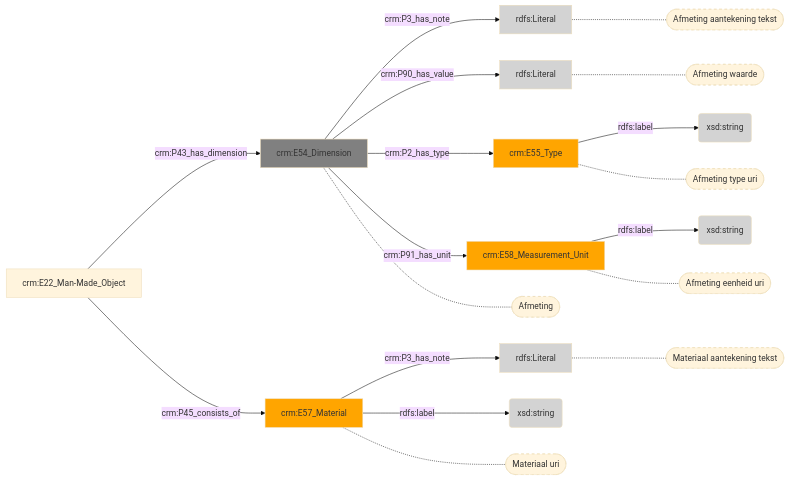
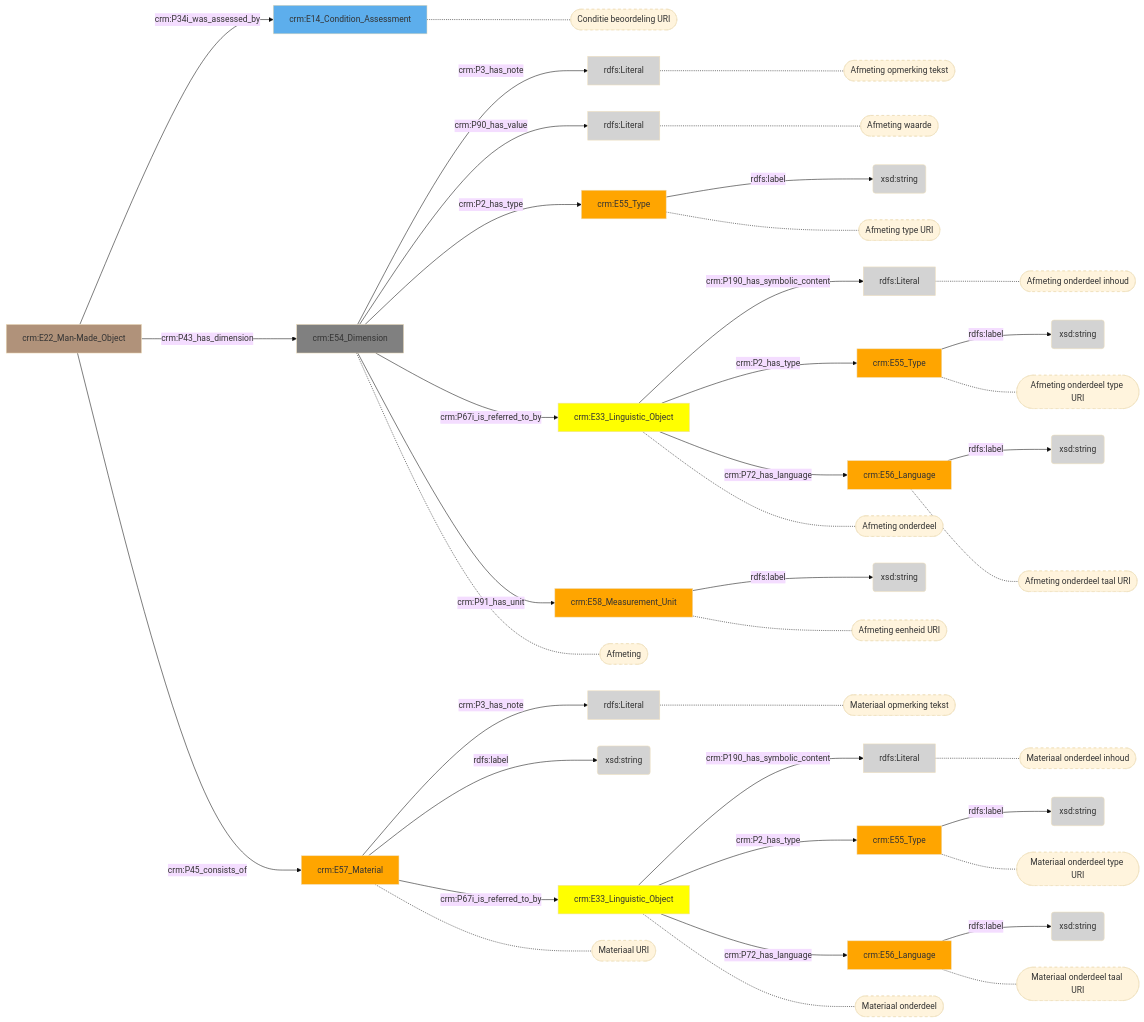
The diagram in docs/content/modellen/MuseologicalItem/FysiekeKenmerken.md (digipolisantwerpdocumentation/antwerp-cultureel-erfgoed), drawn with Mermaid (base theme) before and after one commit. The commit also changed 29 other files, not shown here.

````diff
--- a/docs/content/modellen/MuseologicalItem/FysiekeKenmerken.md
+++ b/docs/content/modellen/MuseologicalItem/FysiekeKenmerken.md
@@ -1,37 +1,82 @@
 ```mermaid
 graph LR
 59747a84-eda1-11ed-9232-00163e71351b["crm:E54_Dimension"]-->|"crm:P3_has_note"|5974879a-eda1-11ed-9232-00163e71351b(rdfs:Literal)
 59747a84-eda1-11ed-9232-00163e71351b["crm:E54_Dimension"]-->|"crm:P90_has_value"|59748326-eda1-11ed-9232-00163e71351b(rdfs:Literal)
 59747fc0-eda1-11ed-9232-00163e71351b["crm:E55_Type"]-->|"rdfs:label"|597484a2-eda1-11ed-9232-00163e71351b(xsd:string)
 59748196-eda1-11ed-9232-00163e71351b["crm:E58_Measurement_Unit"]-->|"rdfs:label"|5974861e-eda1-11ed-9232-00163e71351b(xsd:string)
 7e1bc518-eda1-11ed-a1e6-00163e71351b["crm:E57_Material"]-->|"crm:P3_has_note"|7e1bcbf8-eda1-11ed-a1e6-00163e71351b(rdfs:Literal)
 7e1bc518-eda1-11ed-a1e6-00163e71351b["crm:E57_Material"]-->|"rdfs:label"|7e1bce5a-eda1-11ed-a1e6-00163e71351b(xsd:string)
+8f134cd4-588a-11ee-974d-00163e71351b["crm:E33_Linguistic_Object"]-->|"crm:P190_has_symbolic_content"|8f1352b0-588a-11ee-974d-00163e71351b(rdfs:Literal)
+8f135080-588a-11ee-974d-00163e71351b["crm:E55_Type"]-->|"rdfs:label"|8f135486-588a-11ee-974d-00163e71351b(xsd:string)
+8f1351b6-588a-11ee-974d-00163e71351b["crm:E56_Language"]-->|"rdfs:label"|8f135396-588a-11ee-974d-00163e71351b(xsd:string)
+d898e09e-588a-11ee-a9ac-00163e71351b["crm:E33_Linguistic_Object"]-->|"crm:P190_has_symbolic_content"|d898e698-588a-11ee-a9ac-00163e71351b(rdfs:Literal)
+d898e454-588a-11ee-a9ac-00163e71351b["crm:E55_Type"]-->|"rdfs:label"|d898e86e-588a-11ee-a9ac-00163e71351b(xsd:string)
+d898e59e-588a-11ee-a9ac-00163e71351b["crm:E56_Language"]-->|"rdfs:label"|d898e77e-588a-11ee-a9ac-00163e71351b(xsd:string)
 59747a84-eda1-11ed-9232-00163e71351b["crm:E54_Dimension"]-->|"crm:P2_has_type"|59747fc0-eda1-11ed-9232-00163e71351b["crm:E55_Type"]
+59747a84-eda1-11ed-9232-00163e71351b["crm:E54_Dimension"]-->|"crm:P67i_is_referred_to_by"|d898e09e-588a-11ee-a9ac-00163e71351b["crm:E33_Linguistic_Object"]
 59747a84-eda1-11ed-9232-00163e71351b["crm:E54_Dimension"]-->|"crm:P91_has_unit"|59748196-eda1-11ed-9232-00163e71351b["crm:E58_Measurement_Unit"]
+7e1bc518-eda1-11ed-a1e6-00163e71351b["crm:E57_Material"]-->|"crm:P67i_is_referred_to_by"|8f134cd4-588a-11ee-974d-00163e71351b["crm:E33_Linguistic_Object"]
+8f134cd4-588a-11ee-974d-00163e71351b["crm:E33_Linguistic_Object"]-->|"crm:P2_has_type"|8f135080-588a-11ee-974d-00163e71351b["crm:E55_Type"]
+8f134cd4-588a-11ee-974d-00163e71351b["crm:E33_Linguistic_Object"]-->|"crm:P72_has_language"|8f1351b6-588a-11ee-974d-00163e71351b["crm:E56_Language"]
+d898e09e-588a-11ee-a9ac-00163e71351b["crm:E33_Linguistic_Object"]-->|"crm:P2_has_type"|d898e454-588a-11ee-a9ac-00163e71351b["crm:E55_Type"]
+d898e09e-588a-11ee-a9ac-00163e71351b["crm:E33_Linguistic_Object"]-->|"crm:P72_has_language"|d898e59e-588a-11ee-a9ac-00163e71351b["crm:E56_Language"]
+fa95cea2-dd27-11ed-9655-00163e71351b["crm:E22_Man-Made_Object"]-->|"crm:P34i_was_assessed_by"|52aebf5e-62c5-11ee-974d-00163e71351b["crm:E14_Condition_Assessment"]
 fa95cea2-dd27-11ed-9655-00163e71351b["crm:E22_Man-Made_Object"]-->|"crm:P43_has_dimension"|59747a84-eda1-11ed-9232-00163e71351b["crm:E54_Dimension"]
 fa95cea2-dd27-11ed-9655-00163e71351b["crm:E22_Man-Made_Object"]-->|"crm:P45_consists_of"|7e1bc518-eda1-11ed-a1e6-00163e71351b["crm:E57_Material"]
+59747fc0-eda1-11ed-9232-00163e71351b["crm:E55_Type"]-.-59747fc0-eda1-11ed-9232-00163e71351b_s(["Afmeting type URI"])
+5974879a-eda1-11ed-9232-00163e71351b["rdfs:Literal"]-.-5974879a-eda1-11ed-9232-00163e71351b_s(["Afmeting opmerking tekst"])
+d898e09e-588a-11ee-a9ac-00163e71351b["crm:E33_Linguistic_Object"]-.-d898e09e-588a-11ee-a9ac-00163e71351b_s(["Afmeting onderdeel"])
+59748326-eda1-11ed-9232-00163e71351b["rdfs:Literal"]-.-59748326-eda1-11ed-9232-00163e71351b_s(["Afmeting waarde"])
+59748196-eda1-11ed-9232-00163e71351b["crm:E58_Measurement_Unit"]-.-59748196-eda1-11ed-9232-00163e71351b_s(["Afmeting eenheid URI"])
+7e1bcbf8-eda1-11ed-a1e6-00163e71351b["rdfs:Literal"]-.-7e1bcbf8-eda1-11ed-a1e6-00163e71351b_s(["Materiaal opmerking tekst"])
+8f134cd4-588a-11ee-974d-00163e71351b["crm:E33_Linguistic_Object"]-.-8f134cd4-588a-11ee-974d-00163e71351b_s(["Materiaal onderdeel"])
+8f1352b0-588a-11ee-974d-00163e71351b["rdfs:Literal"]-.-8f1352b0-588a-11ee-974d-00163e71351b_s(["Materiaal onderdeel inhoud"])
+8f135080-588a-11ee-974d-00163e71351b["crm:E55_Type"]-.-8f135080-588a-11ee-974d-00163e71351b_s(["Materiaal onderdeel type URI"])
+8f1351b6-588a-11ee-974d-00163e71351b["crm:E56_Language"]-.-8f1351b6-588a-11ee-974d-00163e71351b_s(["Materiaal onderdeel taal URI"])
+d898e698-588a-11ee-a9ac-00163e71351b["rdfs:Literal"]-.-d898e698-588a-11ee-a9ac-00163e71351b_s(["Afmeting onderdeel inhoud"])
+d898e454-588a-11ee-a9ac-00163e71351b["crm:E55_Type"]-.-d898e454-588a-11ee-a9ac-00163e71351b_s(["Afmeting onderdeel type URI"])
+d898e59e-588a-11ee-a9ac-00163e71351b["crm:E56_Language"]-.-d898e59e-588a-11ee-a9ac-00163e71351b_s(["Afmeting onderdeel taal URI"])
+52aebf5e-62c5-11ee-974d-00163e71351b["crm:E14_Condition_Assessment"]-.-52aebf5e-62c5-11ee-974d-00163e71351b_s(["Conditie beoordeling URI"])
+59747a84-eda1-11ed-9232-00163e71351b["crm:E54_Dimension"]-.-59747a84-eda1-11ed-9232-00163e71351b_s(["Afmeting"])
+7e1bc518-eda1-11ed-a1e6-00163e71351b["crm:E57_Material"]-.-7e1bc518-eda1-11ed-a1e6-00163e71351b_s(["Materiaal URI"])
 style 59747fc0-eda1-11ed-9232-00163e71351b_s stroke-dasharray: 5
 style 5974879a-eda1-11ed-9232-00163e71351b_s stroke-dasharray: 5
+style d898e09e-588a-11ee-a9ac-00163e71351b_s stroke-dasharray: 5
 style 59748326-eda1-11ed-9232-00163e71351b_s stroke-dasharray: 5
 style 59748196-eda1-11ed-9232-00163e71351b_s stroke-dasharray: 5
 style 7e1bcbf8-eda1-11ed-a1e6-00163e71351b_s stroke-dasharray: 5
+style 8f134cd4-588a-11ee-974d-00163e71351b_s stroke-dasharray: 5
+style 8f1352b0-588a-11ee-974d-00163e71351b_s stroke-dasharray: 5
+style 8f135080-588a-11ee-974d-00163e71351b_s stroke-dasharray: 5
+style 8f1351b6-588a-11ee-974d-00163e71351b_s stroke-dasharray: 5
+style d898e698-588a-11ee-a9ac-00163e71351b_s stroke-dasharray: 5
+style d898e454-588a-11ee-a9ac-00163e71351b_s stroke-dasharray: 5
+style d898e59e-588a-11ee-a9ac-00163e71351b_s stroke-dasharray: 5
+style 52aebf5e-62c5-11ee-974d-00163e71351b_s stroke-dasharray: 5
 style 59747a84-eda1-11ed-9232-00163e71351b_s stroke-dasharray: 5
 style 7e1bc518-eda1-11ed-a1e6-00163e71351b_s stroke-dasharray: 5
-59747fc0-eda1-11ed-9232-00163e71351b["crm:E55_Type"]-.-59747fc0-eda1-11ed-9232-00163e71351b_s(["Afmeting type uri"])
-5974879a-eda1-11ed-9232-00163e71351b["rdfs:Literal"]-.-5974879a-eda1-11ed-9232-00163e71351b_s(["Afmeting aantekening tekst"])
-59748326-eda1-11ed-9232-00163e71351b["rdfs:Literal"]-.-59748326-eda1-11ed-9232-00163e71351b_s(["Afmeting waarde"])
-59748196-eda1-11ed-9232-00163e71351b["crm:E58_Measurement_Unit"]-.-59748196-eda1-11ed-9232-00163e71351b_s(["Afmeting eenheid uri"])
-7e1bcbf8-eda1-11ed-a1e6-00163e71351b["rdfs:Literal"]-.-7e1bcbf8-eda1-11ed-a1e6-00163e71351b_s(["Materiaal aantekening tekst"])
-59747a84-eda1-11ed-9232-00163e71351b["crm:E54_Dimension"]-.-59747a84-eda1-11ed-9232-00163e71351b_s(["Afmeting"])
-7e1bc518-eda1-11ed-a1e6-00163e71351b["crm:E57_Material"]-.-7e1bc518-eda1-11ed-a1e6-00163e71351b_s(["Materiaal uri"])
+style d898e59e-588a-11ee-a9ac-00163e71351b fill:#ffa500
+style 5974861e-eda1-11ed-9232-00163e71351b fill:#D3D3D3
+style 8f135080-588a-11ee-974d-00163e71351b fill:#ffa500
+style 8f134cd4-588a-11ee-974d-00163e71351b fill:#ffff00
+style fa95cea2-dd27-11ed-9655-00163e71351b fill:#B0927A
+style 59748326-eda1-11ed-9232-00163e71351b fill:#D3D3D3
+style 8f1351b6-588a-11ee-974d-00163e71351b fill:#ffa500
+style d898e86e-588a-11ee-a9ac-00163e71351b fill:#D3D3D3
+style d898e09e-588a-11ee-a9ac-00163e71351b fill:#ffff00
+style 52aebf5e-62c5-11ee-974d-00163e71351b fill:#5DAEEC
+style d898e454-588a-11ee-a9ac-00163e71351b fill:#ffa500
+style 7e1bce5a-eda1-11ed-a1e6-00163e71351b fill:#D3D3D3
+style d898e698-588a-11ee-a9ac-00163e71351b fill:#D3D3D3
+style 8f135396-588a-11ee-974d-00163e71351b fill:#D3D3D3
+style 5974879a-eda1-11ed-9232-00163e71351b fill:#D3D3D3
 style 59747a84-eda1-11ed-9232-00163e71351b fill:#808080
+style 59748196-eda1-11ed-9232-00163e71351b fill:#ffa500
+style 7e1bcbf8-eda1-11ed-a1e6-00163e71351b fill:#D3D3D3
+style 8f135486-588a-11ee-974d-00163e71351b fill:#D3D3D3
+style 8f1352b0-588a-11ee-974d-00163e71351b fill:#D3D3D3
+style d898e77e-588a-11ee-a9ac-00163e71351b fill:#D3D3D3
+style 597484a2-eda1-11ed-9232-00163e71351b fill:#D3D3D3
 style 59747fc0-eda1-11ed-9232-00163e71351b fill:#ffa500
-style 59748196-eda1-11ed-9232-00163e71351b fill:#ffa500
-style 59748326-eda1-11ed-9232-00163e71351b fill:#D3D3D3
-style 597484a2-eda1-11ed-9232-00163e71351b fill:#D3D3D3
-style 5974861e-eda1-11ed-9232-00163e71351b fill:#D3D3D3
-style 5974879a-eda1-11ed-9232-00163e71351b fill:#D3D3D3
 style 7e1bc518-eda1-11ed-a1e6-00163e71351b fill:#ffa500
-style 7e1bcbf8-eda1-11ed-a1e6-00163e71351b fill:#D3D3D3
-style 7e1bce5a-eda1-11ed-a1e6-00163e71351b fill:#D3D3D3
 ```
````
